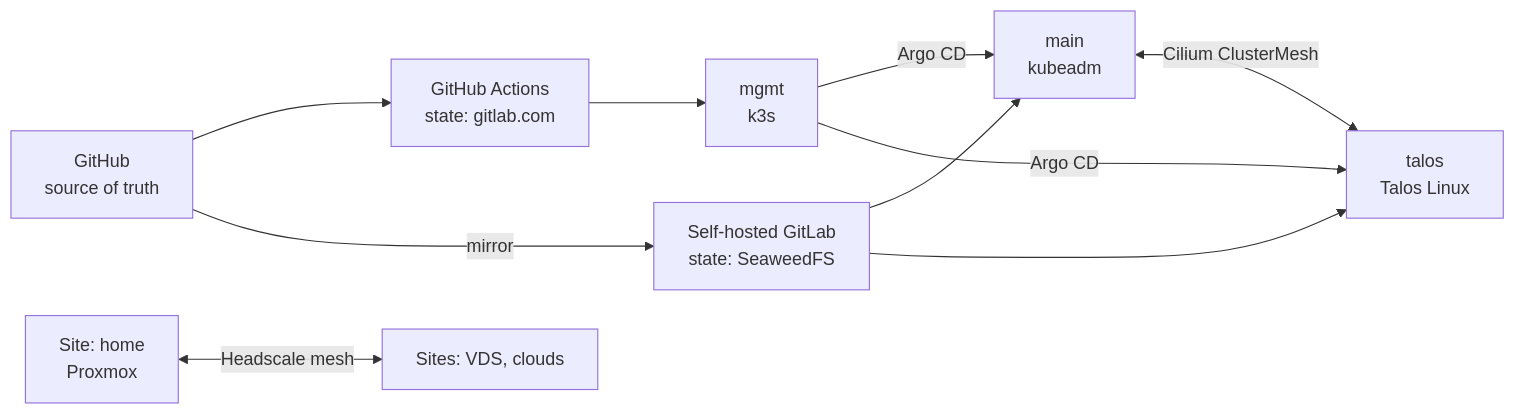
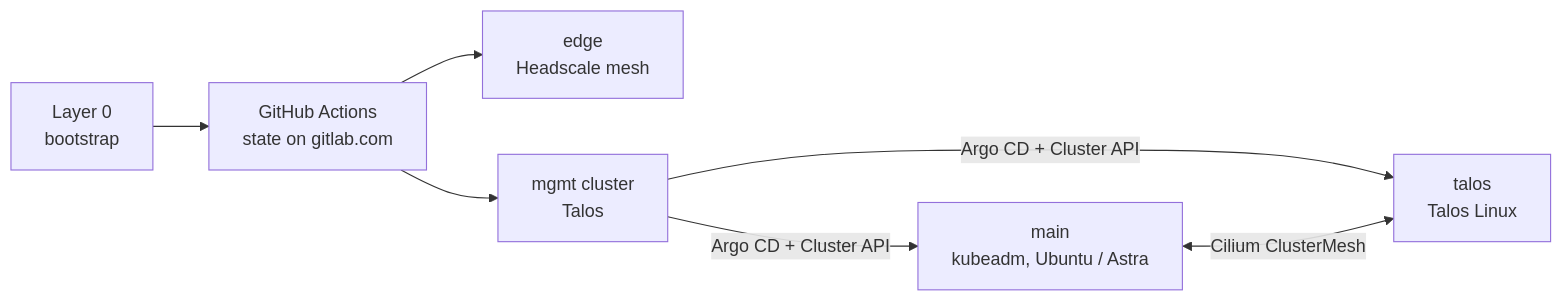
One commit to sogeor/.github changed the diagram in profile/README.md. Above: the diagram before and after it, drawn with Mermaid. The commit also changed other lines of this file and 31 other files, not shown here.

````diff
--- a/profile/README.md
+++ b/profile/README.md
@@ -10,12 +10,9 @@
 ```mermaid
 flowchart LR
-  gh["GitHub<br/>source of truth"] --> gha["GitHub Actions<br/>state: gitlab.com"]
-  gh -- mirror --> gl["Self-hosted GitLab<br/>state: SeaweedFS"]
-  gha --> mgmt["mgmt<br/>k3s"]
-  gl --> main["main<br/>kubeadm"]
-  gl --> talos["talos<br/>Talos Linux"]
-  mgmt -- Argo CD --> main
-  mgmt -- Argo CD --> talos
-  main <-- Cilium ClusterMesh --> talos
-  home["Site: home<br/>Proxmox"] <-- Headscale mesh --> vds["Sites: VDS, clouds"]
+  L0["Layer 0<br/>bootstrap"] --> GHA["GitHub Actions<br/>state on gitlab.com"]
+  GHA --> EDGE["edge<br/>Headscale mesh"]
+  GHA --> MGMT["mgmt cluster<br/>Talos"]
+  MGMT -- "Argo CD + Cluster API" --> MAIN["main<br/>kubeadm, Ubuntu / Astra"]
+  MGMT -- "Argo CD + Cluster API" --> TALOS["talos<br/>Talos Linux"]
+  MAIN <-- "Cilium ClusterMesh" --> TALOS
 ```
````
